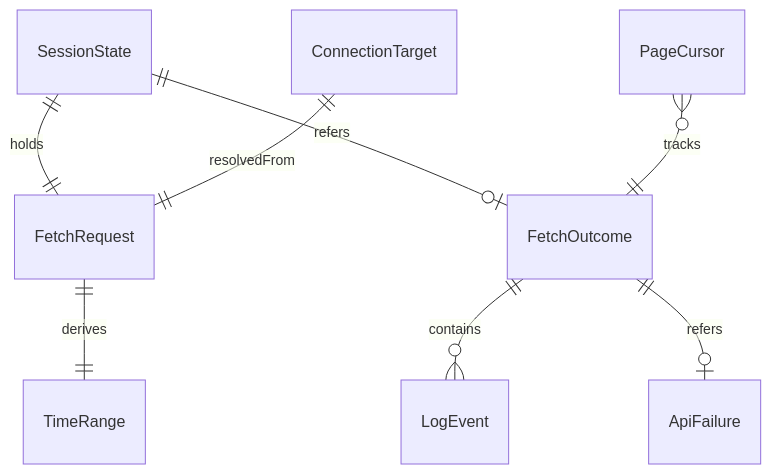
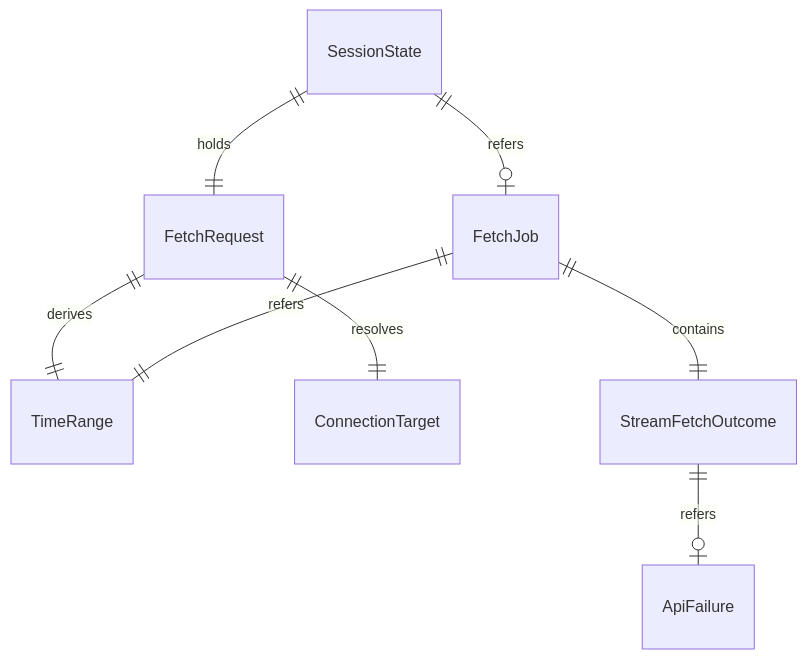
One commit to kdnakt/local-sights changed the fifth of 5 diagrams in aidlc/spaces/default/intents/261002-cwlogs-viewer/construction/u1-walking-skeleton/functional-design/functional-spec.md. Above: the diagram before and after it, drawn with Mermaid. The commit also changed other lines of this file and 8 other files, not shown here.

````diff
--- a/aidlc/spaces/default/intents/261002-cwlogs-viewer/construction/u1-walking-skeleton/functional-design/functional-spec.md
+++ b/aidlc/spaces/default/intents/261002-cwlogs-viewer/construction/u1-walking-skeleton/functional-design/functional-spec.md
@@ -105,10 +120,10 @@
 ```mermaid
 erDiagram
   SessionState ||--|| FetchRequest : holds
-  SessionState ||--o| FetchOutcome : refers
+  SessionState ||--o| FetchJob : refers
   FetchRequest ||--|| TimeRange : derives
-  FetchOutcome ||--o{ LogEvent : contains
-  FetchOutcome ||--o| ApiFailure : refers
-  PageCursor }o--|| FetchOutcome : tracks
-  ConnectionTarget ||--|| FetchRequest : resolvedFrom
+  FetchRequest ||--|| ConnectionTarget : resolves
+  FetchJob ||--|| StreamFetchOutcome : contains
+  FetchJob ||--|| TimeRange : refers
+  StreamFetchOutcome ||--o| ApiFailure : refers
 ```
````
